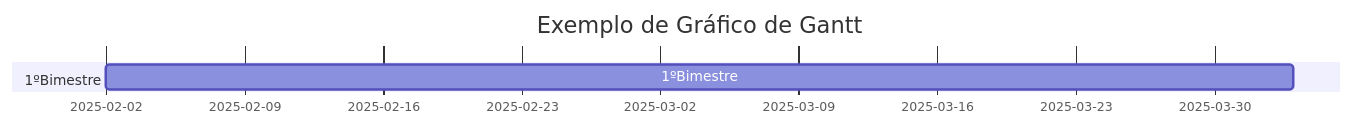
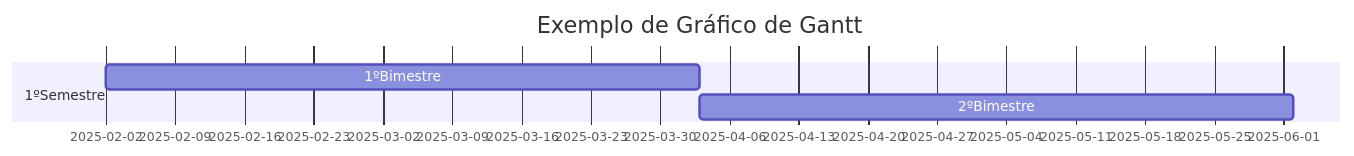
Before and after one commit to catypr/Grafico-Gannt: the third of 3 diagrams in README.md, drawn with Mermaid.

````diff
--- a/README.md
+++ b/README.md
@@ -19,8 +19,9 @@
 ```mermaid
 gantt
 title Exemplo de Gráfico de Gantt
 dateFormat YYYY-MM-DD
-section 1ºBimestre
+section 1ºSemestre
 1ºBimestre :a1, 2025-02-02, 60d
-section 2ºBimestre 
+2ºBimestre :a2, after a1, 60d
+section 2ºSemestre
 ```
````
